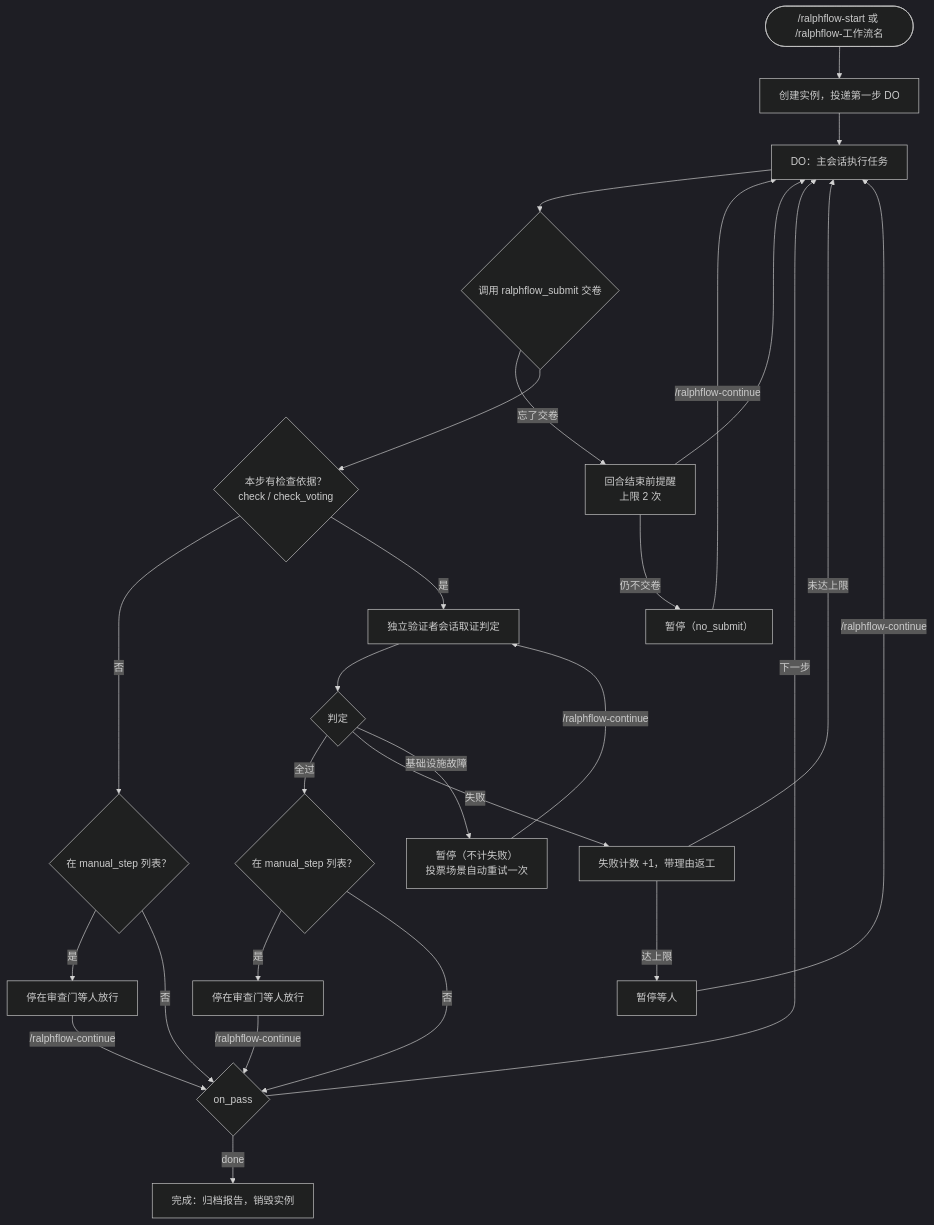
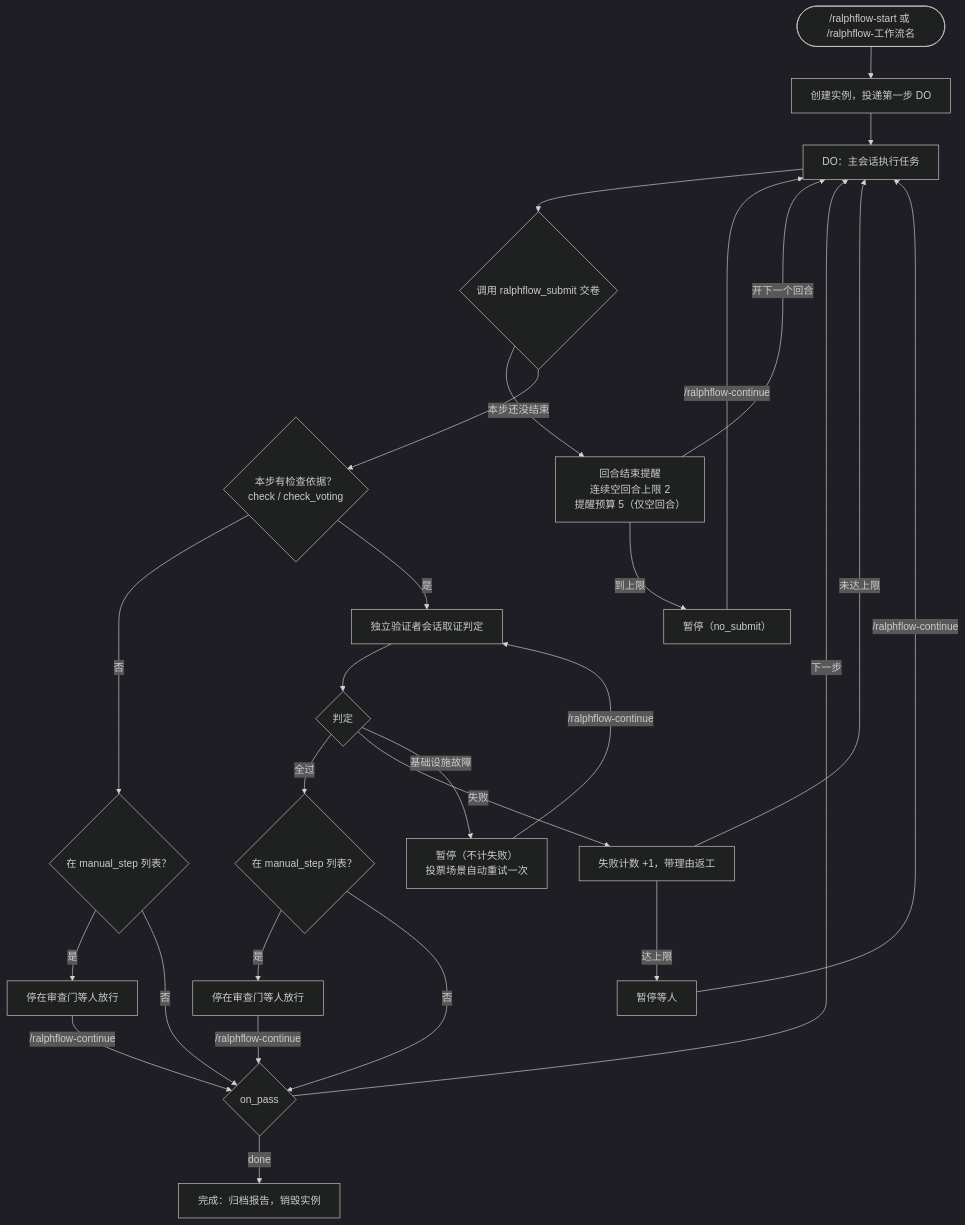
Before and after one commit to 534529531/ralph-flow-dsh: the first of 3 diagrams in README.md, drawn with Mermaid (dark theme). The commit also changed other lines of this file and 21 other files, not shown here.

````diff
--- a/README.md
+++ b/README.md
@@ -29,29 +29,29 @@
 ```mermaid
 flowchart TD
     Start(["/ralphflow-start 或 /ralphflow-工作流名"]) --> Inst["创建实例，投递第一步 DO"]
     Inst --> DO["DO：主会话执行任务"]
     DO --> Submit{"调用 ralphflow_submit 交卷"}
-    Submit -->|"忘了交卷"| Remind["回合结束前提醒<br/>上限 2 次"]
-    Remind -->|"仍不交卷"| NoSubmit["暂停（no_submit）"]
-    Remind --> DO
+    Submit -->|"本步还没结束"| Remind["回合结束提醒<br/>连续空回合上限 2<br/>提醒预算 5（仅空回合）"]
+    Remind -->|"到上限"| NoSubmit["暂停（no_submit）"]
+    Remind -->|"开下一个回合"| DO
     Submit --> HasCheck{"本步有检查依据？<br/>check / check_voting"}
     HasCheck -->|"否"| Manual2{"在 manual_step 列表？"}
     Manual2 -->|"是"| Review2["停在审查门等人放行"]
     Manual2 -->|"否"| Next
     HasCheck -->|"是"| Check["独立验证者会话取证判定"]
     Check --> Verdict{"判定"}
     Verdict -->|"全过"| Gate{"在 manual_step 列表？"}
     Gate -->|"是"| Review["停在审查门等人放行"]
     Gate -->|"否"| Next{"on_pass"}
     Verdict -->|"失败"| Fail["失败计数 +1，带理由返工"]
     Verdict -->|"基础设施故障"| Infra["暂停（不计失败）<br/>投票场景自动重试一次"]
     Fail -->|"未达上限"| DO
     Fail -->|"达上限"| Pause["暂停等人"]
     Review -->|"/ralphflow-continue"| Next
     Review2 -->|"/ralphflow-continue"| Next
     Infra -->|"/ralphflow-continue"| Check
     NoSubmit -->|"/ralphflow-continue"| DO
     Pause -->|"/ralphflow-continue"| DO
     Next -->|"下一步"| DO
     Next -->|"done"| Complete["完成：归档报告，销毁实例"]
 ```
````
